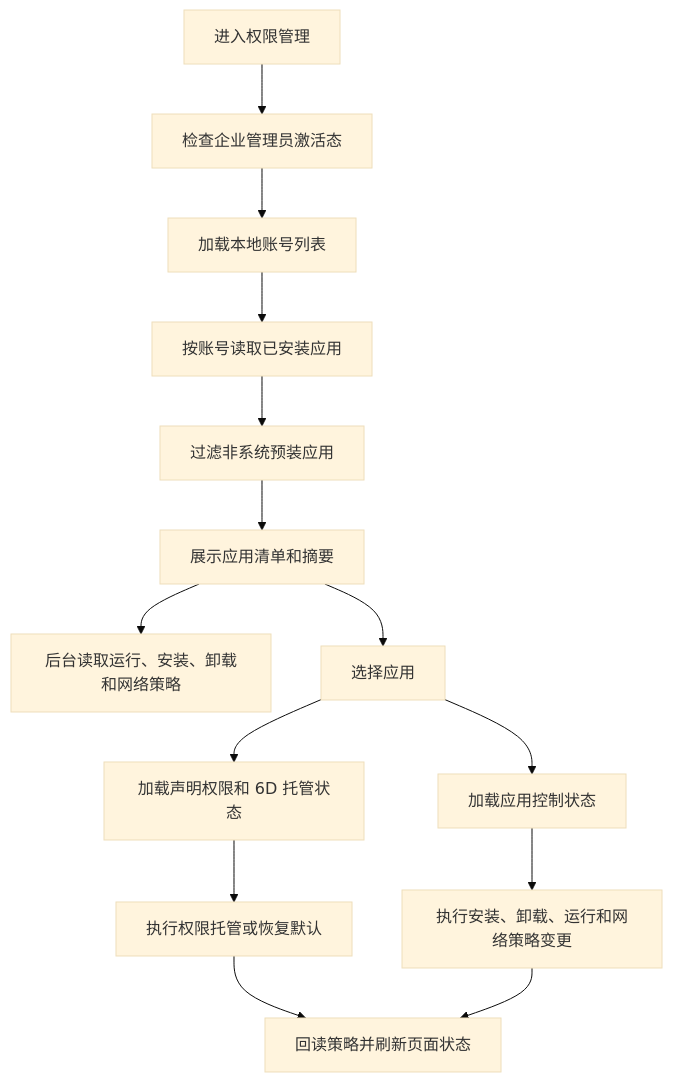
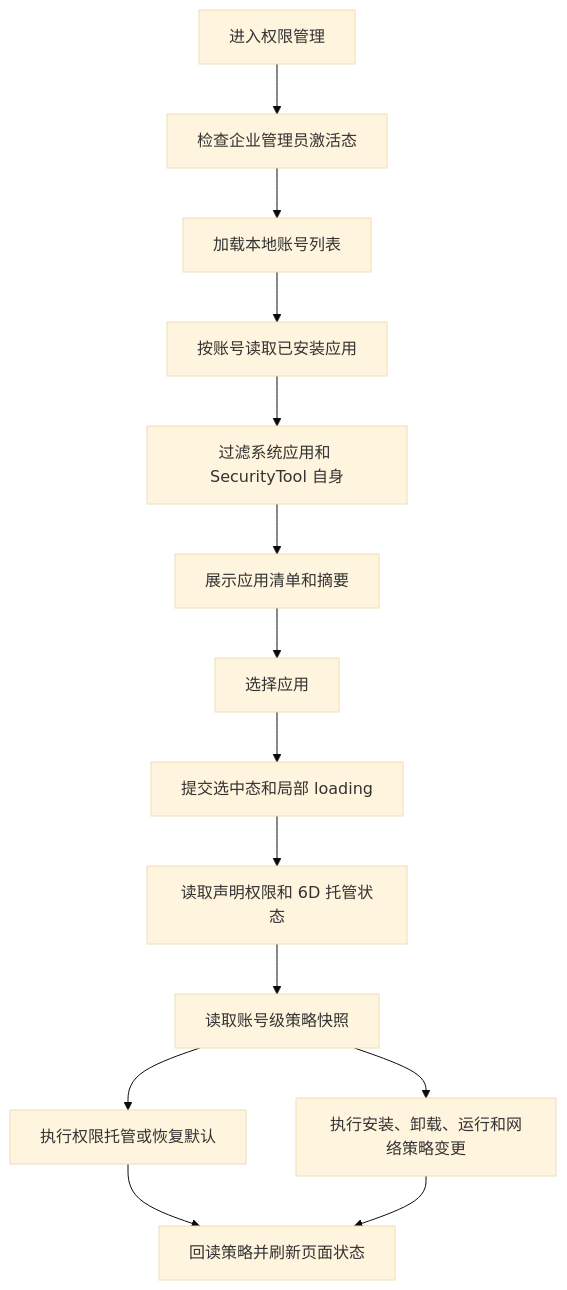
One commit to Deslord319/security_tool changed the diagram in docs/03-模块设计/权限管理组件设计说明.md. Above: the diagram before and after it, drawn with Mermaid (base theme). The commit also changed other lines of this file and 10 other files, not shown here.

````diff
--- a/docs/03-模块设计/权限管理组件设计说明.md
+++ b/docs/03-模块设计/权限管理组件设计说明.md
@@ -144,16 +145,16 @@
 ```mermaid
 flowchart TD
   A["进入权限管理"] --> B["检查企业管理员激活态"]
   B --> C["加载本地账号列表"]
   C --> D["按账号读取已安装应用"]
-  D --> E["过滤非系统预装应用"]
+  D --> E["过滤系统应用和 SecurityTool 自身"]
   E --> G["展示应用清单和摘要"]
-  G --> F["后台读取运行、安装、卸载和网络策略"]
   G --> H["选择应用"]
-  H --> I["加载声明权限和 6D 托管状态"]
-  H --> J["加载应用控制状态"]
-  I --> K["执行权限托管或恢复默认"]
-  J --> L["执行安装、卸载、运行和网络策略变更"]
+  H --> I["提交选中态和局部 loading"]
+  I --> J["读取声明权限和 6D 托管状态"]
+  J --> N["读取账号级策略快照"]
+  N --> K["执行权限托管或恢复默认"]
+  N --> L["执行安装、卸载、运行和网络策略变更"]
   K --> M["回读策略并刷新页面状态"]
   L --> M
 ```
````
